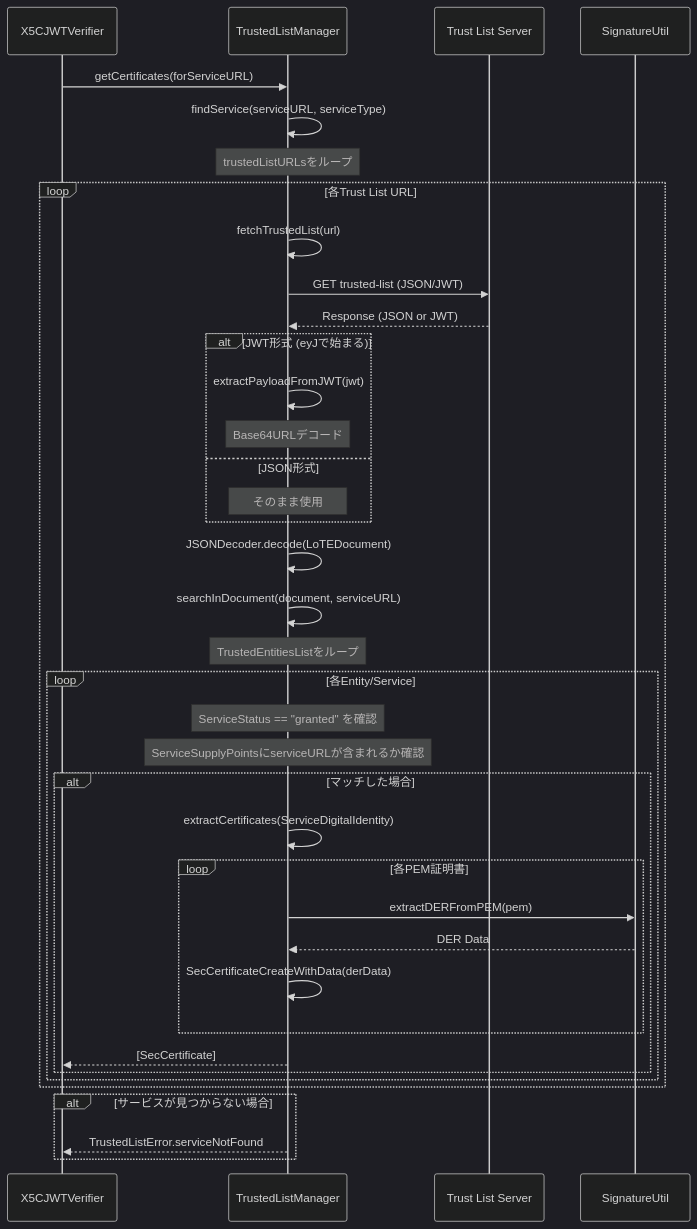
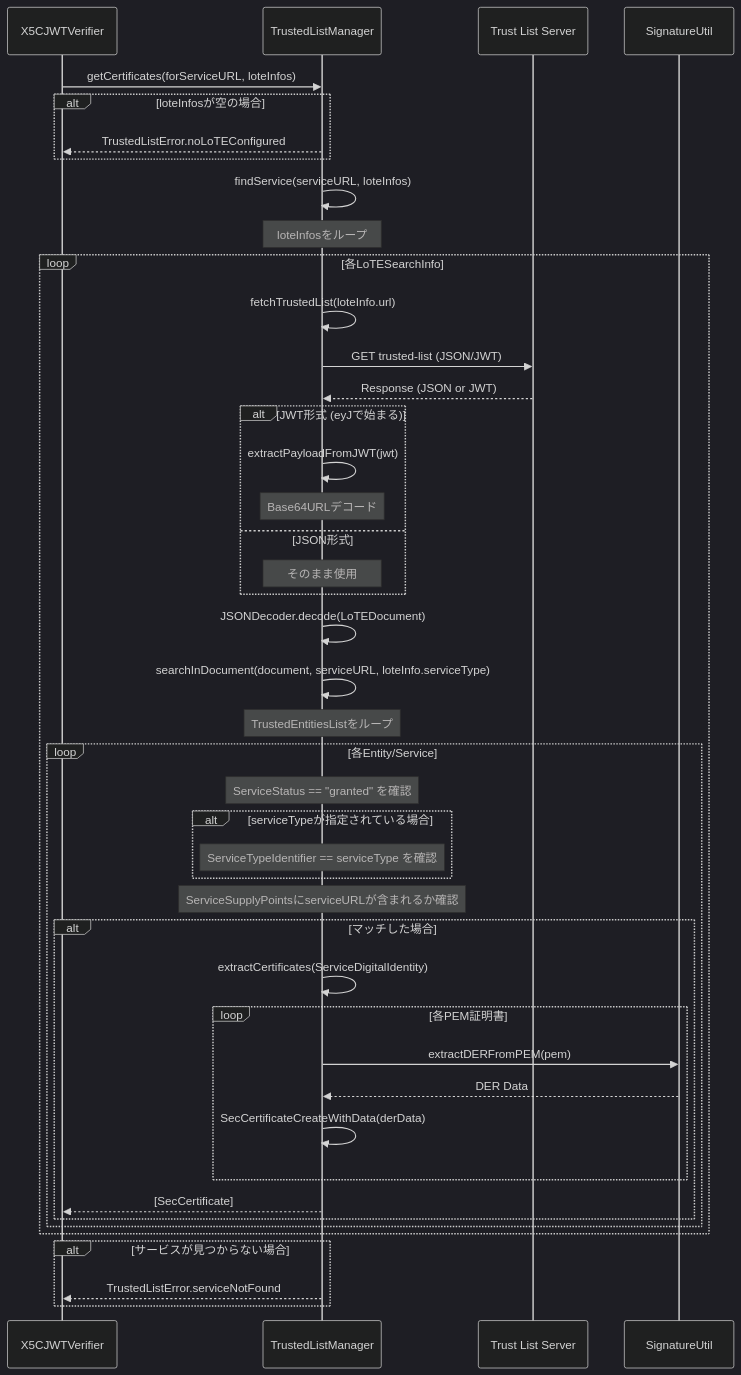
Before and after one commit to ryosuke-wakaba/OWND-Wallet-iOS: the third of 4 diagrams in docs/features/credential-issuance/metadata-verification.md, drawn with Mermaid (dark theme). The commit also changed other lines of this file and 1 other file, not shown here.

First line of the commit message:
docs: Update metadata-verification.md for LoTE service type support

````diff
--- a/docs/features/credential-issuance/metadata-verification.md
+++ b/docs/features/credential-issuance/metadata-verification.md
@@ -189,52 +211,60 @@
 ```mermaid
 sequenceDiagram
     participant Caller as X5CJWTVerifier
     participant TLM as TrustedListManager
     participant TL as Trust List Server
     participant SIG as SignatureUtil
 
-    Caller->>TLM: getCertificates(forServiceURL)
-    TLM->>TLM: findService(serviceURL, serviceType)
+    Caller->>TLM: getCertificates(forServiceURL, loteInfos)
 
-    Note over TLM: trustedListURLsをループ
+    alt loteInfosが空の場合
+        TLM-->>Caller: TrustedListError.noLoTEConfigured
+    end
 
-    loop 各Trust List URL
-        TLM->>TLM: fetchTrustedList(url)
+    TLM->>TLM: findService(serviceURL, loteInfos)
+
+    Note over TLM: loteInfosをループ
+
+    loop 各LoTESearchInfo
+        TLM->>TLM: fetchTrustedList(loteInfo.url)
         TLM->>TL: GET trusted-list (JSON/JWT)
         TL-->>TLM: Response (JSON or JWT)
 
         alt JWT形式 (eyJで始まる)
             TLM->>TLM: extractPayloadFromJWT(jwt)
             Note over TLM: Base64URLデコード
         else JSON形式
             Note over TLM: そのまま使用
         end
 
         TLM->>TLM: JSONDecoder.decode(LoTEDocument)
 
-        TLM->>TLM: searchInDocument(document, serviceURL)
+        TLM->>TLM: searchInDocument(document, serviceURL, loteInfo.serviceType)
 
         Note over TLM: TrustedEntitiesListをループ
 
         loop 各Entity/Service
             Note over TLM: ServiceStatus == "granted" を確認
+            alt serviceTypeが指定されている場合
+                Note over TLM: ServiceTypeIdentifier == serviceType を確認
+            end
             Note over TLM: ServiceSupplyPointsにserviceURLが含まれるか確認
 
             alt マッチした場合
                 TLM->>TLM: extractCertificates(ServiceDigitalIdentity)
 
                 loop 各PEM証明書
                     TLM->>SIG: extractDERFromPEM(pem)
                     SIG-->>TLM: DER Data
                     TLM->>TLM: SecCertificateCreateWithData(derData)
                 end
 
                 TLM-->>Caller: [SecCertificate]
             end
         end
     end
 
     alt サービスが見つからない場合
         TLM-->>Caller: TrustedListError.serviceNotFound
     end
 ```
````
